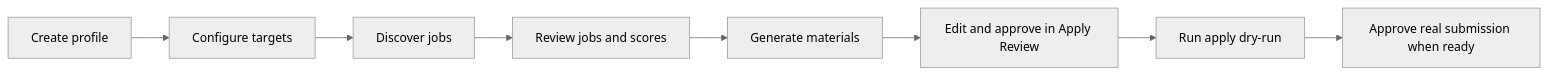
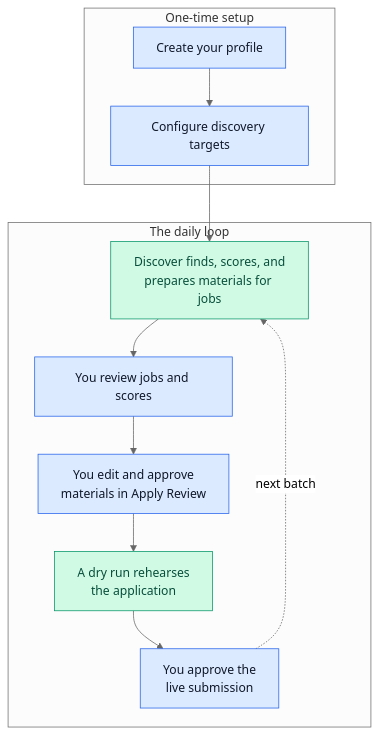
One commit to ebarti/JobCtrl changed the diagram in docs/user/normal-flows.md. Above: the diagram before and after it, drawn with Mermaid (neutral theme). The commit also changed other lines of this file and 57 other files, not shown here.

````diff
--- a/docs/user/normal-flows.md
+++ b/docs/user/normal-flows.md
@@ -7,10 +12,21 @@
 ```mermaid
-flowchart LR
-  Profile["Create profile"] --> Configure["Configure targets"]
-  Configure --> Discover["Discover jobs"]
-  Discover --> Review["Review jobs and scores"]
-  Review --> Materials["Generate materials"]
-  Materials --> ApplyReview["Edit and approve in Apply Review"]
-  ApplyReview --> DryRun["Run apply dry-run"]
-  DryRun --> Submit["Approve real submission when ready"]
+flowchart TD
+  subgraph Setup["One-time setup"]
+    Profile["Create your profile"] --> Configure["Configure discovery targets"]
+  end
+  subgraph Loop["The daily loop"]
+    Discover["Discover finds, scores, and<br/>prepares materials for jobs"]
+    Review["You review jobs and scores"]
+    ApplyReview["You edit and approve<br/>materials in Apply Review"]
+    DryRun["A dry run rehearses<br/>the application"]
+    Submit["You approve the<br/>live submission"]
+    Discover --> Review --> ApplyReview --> DryRun --> Submit
+    Submit -. "next batch" .-> Discover
+  end
+  Configure --> Discover
+
+  classDef you fill:#dbeafe,stroke:#2563eb,color:#0f172a
+  classDef auto fill:#d1fae5,stroke:#059669,color:#064e3b
+  class Profile,Configure,Review,ApplyReview,Submit you
+  class Discover,DryRun auto
 ```
````
